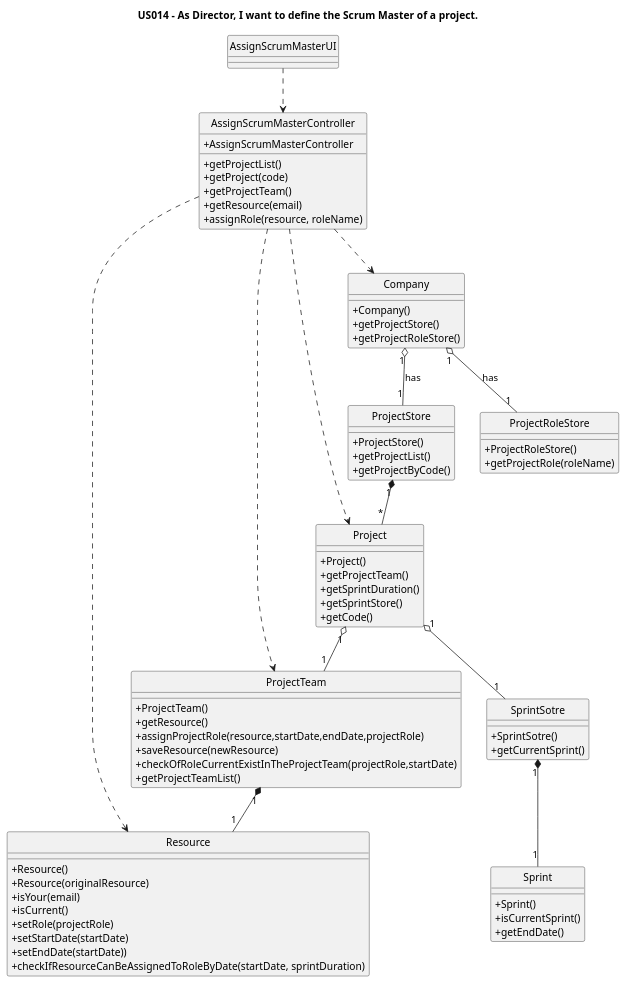
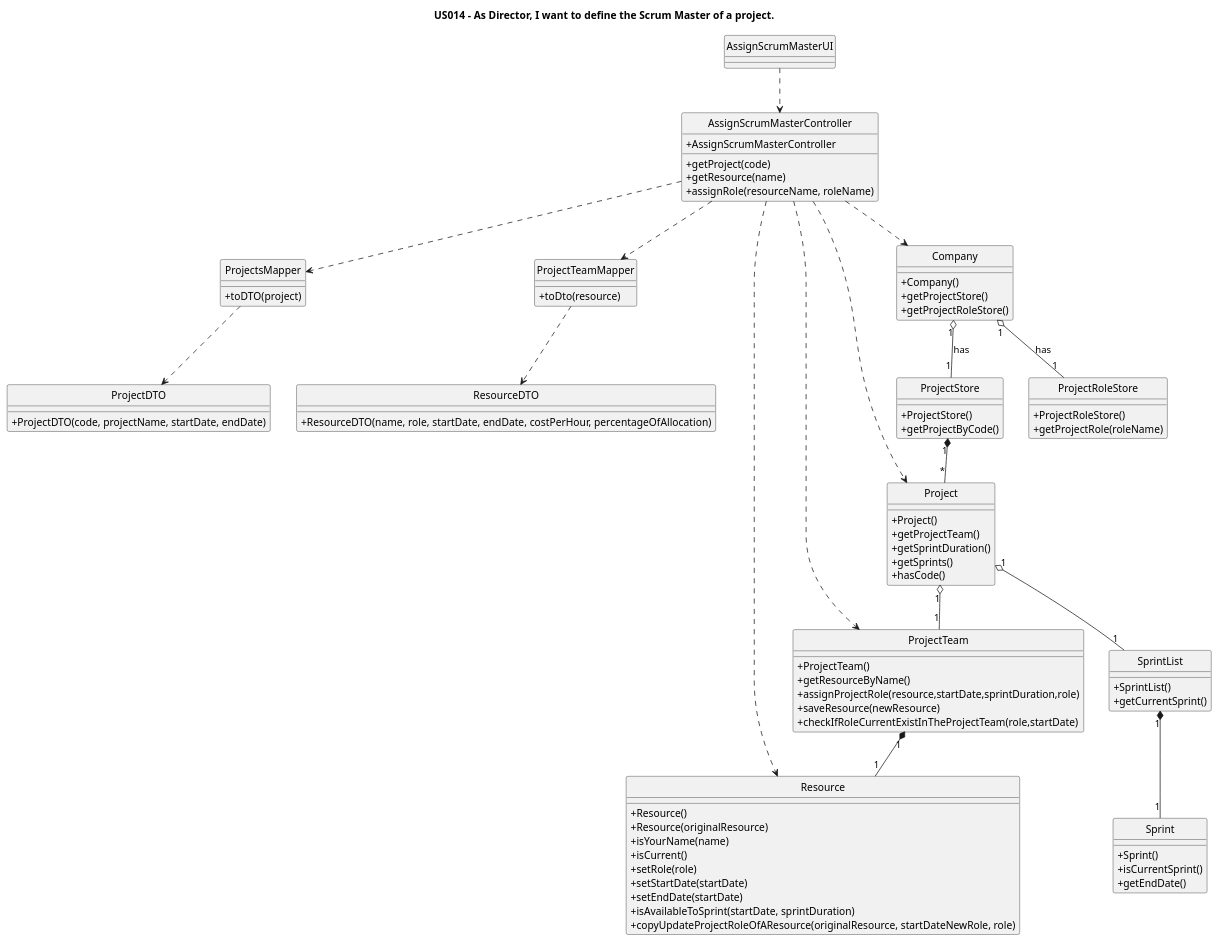
Before and after one commit to nunogon1211787/projectManagement: the diagram in docs/Sprint2/US014/US014-CD.puml, drawn with PlantUML. The commit also changed 25 other files, not shown here.

```diff
--- a/docs/Sprint2/US014/US014-CD.puml
+++ b/docs/Sprint2/US014/US014-CD.puml
@@ -1,90 +1,107 @@
 @startuml
 
 hide circle
 skinparam classAttributeIconSize 0
 
 title "US014 - As Director, I want to define the Scrum Master of a project."
 
 class AssignScrumMasterUI {
 }
 
-class AssignScrumMasterController{
+class AssignScrumMasterController {
     +AssignScrumMasterController
-    +getProjectList()
     +getProject(code)
-    +getProjectTeam()
-    +getResource(email)
-    +assignRole(resource, roleName)
+    +getResource(name)
+    +assignRole(resourceName, roleName)
+}
+
+class ProjectsMapper {
+    +toDTO(project)
+    }
+
+class ProjectTeamMapper {
+    +toDto(resource)
+}
+
+class ProjectDTO {
+    +ProjectDTO(code, projectName, startDate, endDate)
+}
+
+class ResourceDTO {
+    +ResourceDTO(name, role, startDate, endDate, costPerHour, percentageOfAllocation)
 }
 
 class Company {
     +Company()
     +getProjectStore()
     +getProjectRoleStore()
 }
 
 class ProjectTeam {
     +ProjectTeam()
-    +getResource()
-    +assignProjectRole(resource,startDate,endDate,projectRole)
+    +getResourceByName()
+    +assignProjectRole(resource,startDate,sprintDuration,role)
     +saveResource(newResource)
-    +checkOfRoleCurrentExistInTheProjectTeam(projectRole,startDate)
-    +getProjectTeamList()
+    +checkIfRoleCurrentExistInTheProjectTeam(role,startDate)
 }
 
 class Resource {
     +Resource()
     +Resource(originalResource)
-    +isYour(email)
+    +isYourName(name)
     +isCurrent()
-    +setRole(projectRole)
+    +setRole(role)
     +setStartDate(startDate)
-    +setEndDate(startDate))
-    +checkIfResourceCanBeAssignedToRoleByDate(startDate, sprintDuration)
+    +setEndDate(startDate)
+    +isAvailableToSprint(startDate, sprintDuration)
+    +copyUpdateProjectRoleOfAResource(originalResource, startDateNewRole, role)
 }
 
 class ProjectStore {
     +ProjectStore()
-    +getProjectList()
     +getProjectByCode()
 }
 
 class ProjectRoleStore {
     +ProjectRoleStore()
     +getProjectRole(roleName)
 }
 
 class Project {
     +Project()
     +getProjectTeam()
     +getSprintDuration()
-    +getSprintStore()
-    +getCode()
+    +getSprints()
+    +hasCode()
 }
 
-class SprintSotre {
-    +SprintSotre()
+class SprintList {
+    +SprintList()
     +getCurrentSprint()
 }
 
 class Sprint {
     +Sprint()
     +isCurrentSprint()
     +getEndDate()
 }
 
 AssignScrumMasterUI ..> AssignScrumMasterController
 AssignScrumMasterController ..> Company
+AssignScrumMasterController ..> ProjectsMapper
+AssignScrumMasterController ..> ProjectTeamMapper
 AssignScrumMasterController ..> Project
 AssignScrumMasterController ..> ProjectTeam
 AssignScrumMasterController ..> Resource
+ProjectsMapper ..> ProjectDTO
+ProjectTeamMapper ..> ResourceDTO
 
 Company "1" o-- "1" ProjectRoleStore: has
 Company "1" o-- "1" ProjectStore: has
 ProjectStore "1" *-- "*" Project
 Project "1" o-- "1" ProjectTeam
-Project "1" o-- "1" SprintSotre
-SprintSotre "1" *-- "1" Sprint
+Project "1" o-- "1" SprintList
+SprintList "1" *-- "1" Sprint
 ProjectTeam "1" *-- "1" Resource
 
 @enduml
```
